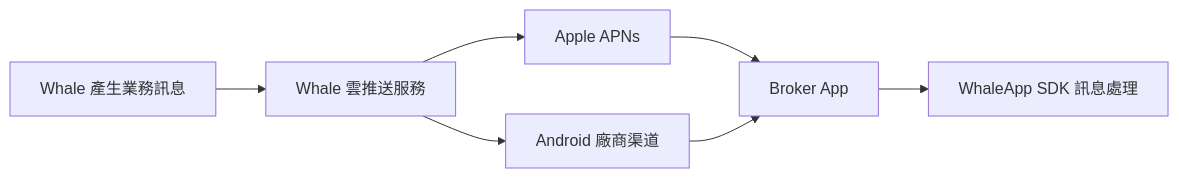
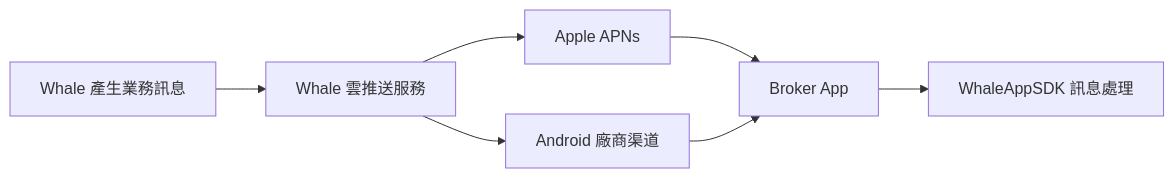
One commit to longbridge/whale-docs changed the first of 2 diagrams in docs/zh-HK/docs/message-push-options.mdx. Above: the diagram before and after it, drawn with Mermaid. The commit also changed other lines of this file and 120 other files, not shown here.

````diff
--- a/docs/zh-HK/docs/message-push-options.mdx
+++ b/docs/zh-HK/docs/message-push-options.mdx
@@ -18,9 +18,9 @@
 ```mermaid
 flowchart LR
   A[Whale 產生業務訊息] --> B[Whale 雲推送服務]
   B --> C[Apple APNs]
   B --> D[Android 廠商渠道]
   C --> E[Broker App]
   D --> E
-  E --> F[WhaleApp SDK 訊息處理]
+  E --> F[WhaleAppSDK 訊息處理]
 ```
````
